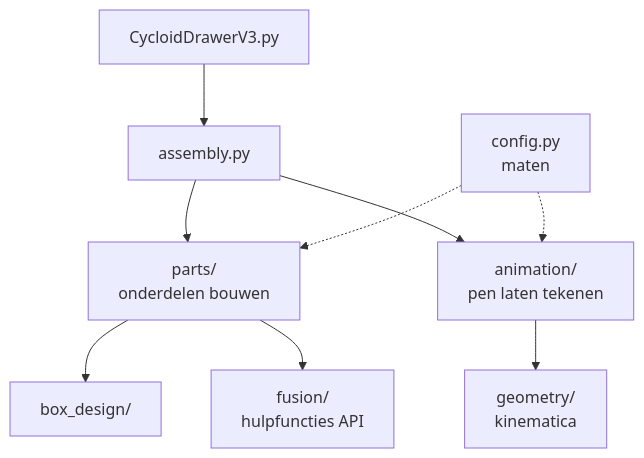
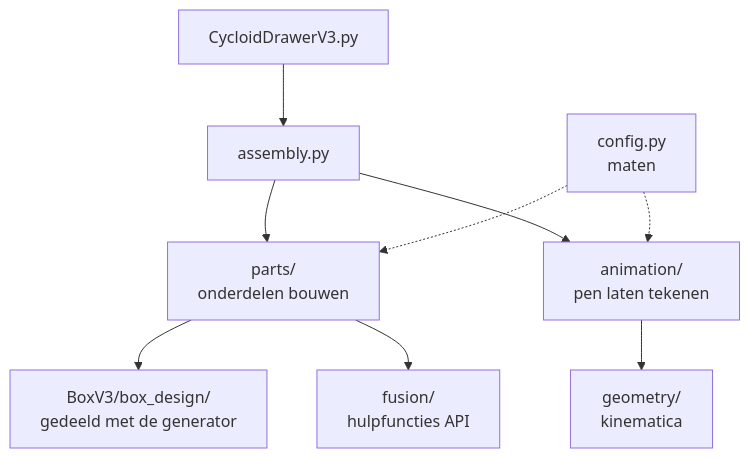
One commit to vives-project-xp/Motio changed the diagram in Hardware/BoxV3/fusion/README.md. Above: the diagram before and after it, drawn with Mermaid. The commit also changed other lines of this file and 27 other files, not shown here.

````diff
--- a/Hardware/BoxV3/fusion/README.md
+++ b/Hardware/BoxV3/fusion/README.md
@@ -27,11 +29,11 @@
 ```mermaid
 flowchart TD
     script["CycloidDrawerV3.py"] --> assembly["assembly.py"]
     assembly --> parts["parts/<br/>onderdelen bouwen"]
     assembly --> anim["animation/<br/>pen laten tekenen"]
-    parts --> boxd["box_design/"]
+    parts --> boxd["BoxV3/box_design/<br/>gedeeld met de generator"]
     parts --> tools["fusion/<br/>hulpfuncties API"]
     anim --> geo["geometry/<br/>kinematica"]
     config["config.py<br/>maten"] -.-> parts
     config -.-> anim
 ```
````
